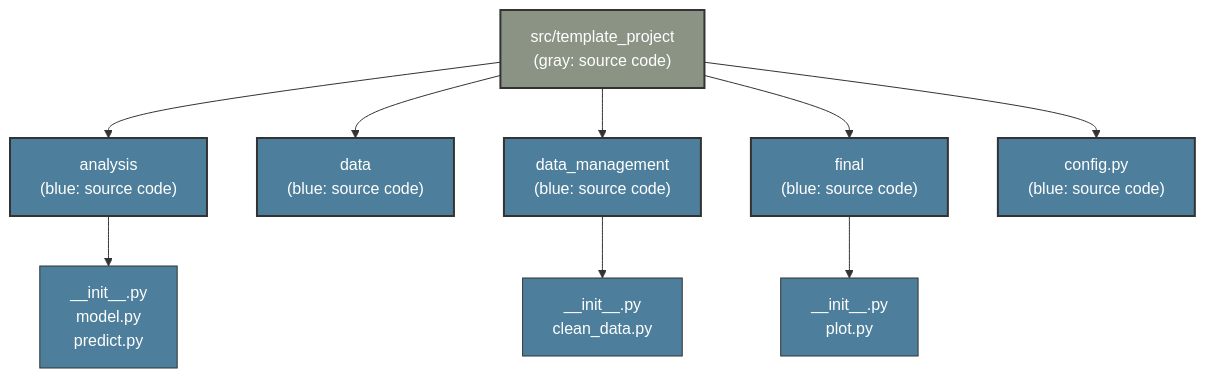
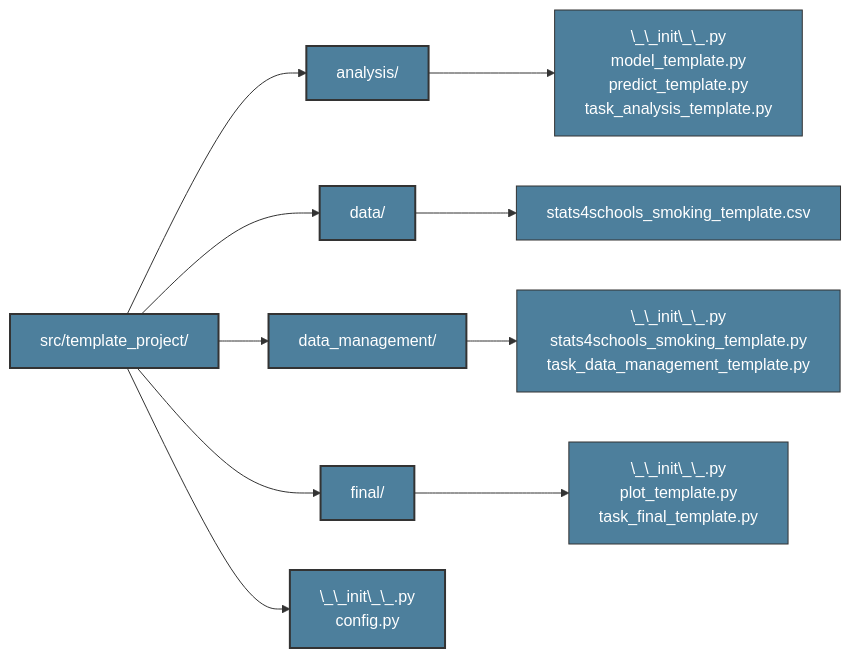
The second of 2 diagrams in docs_template/source/background/directory_structure.md (OpenSourceEconomics/econ-project-templates), drawn with Mermaid before and after one commit. The commit also changed other lines of this file and 7 other files, not shown here.

````diff
--- a/docs_template/source/background/directory_structure.md
+++ b/docs_template/source/background/directory_structure.md
@@ -100,34 +106,37 @@
 ```{mermaid}
-flowchart TD
-    Root["src/template_project<br/>(gray: source code)"]
+flowchart LR
+    Root["src/template_project/"]
 
-    Analysis["analysis<br/>(blue: source code)"]
-    Data["data<br/>(blue: source code)"]
-    DataMgmt["data_management<br/>(blue: source code)"]
-    Final["final<br/>(blue: source code)"]
-    Config["config.py<br/>(blue: source code)"]
+    Analysis["analysis/"]
+    Data["data/"]
+    DataMgmt["data_management/"]
+    Final["final/"]
+    Config["\_\_init\_\_.py<br/>config.py"]
 
-    AnalysisFiles["__init__.py<br/>model.py<br/>predict.py"]
-    DataMgmtFiles["__init__.py<br/>clean_data.py"]
-    FinalFiles["__init__.py<br/>plot.py"]
+    AnalysisFiles["\_\_init\_\_.py<br/>model_template.py<br/>predict_template.py<br/>task_analysis_template.py"]
+    DataFiles["stats4schools_smoking_template.csv"]
+    DataMgmtFiles["\_\_init\_\_.py<br/>stats4schools_smoking_template.py<br/>task_data_management_template.py"]
+    FinalFiles["\_\_init\_\_.py<br/>plot_template.py<br/>task_final_template.py"]
 
     Root --> Analysis
     Root --> Data
     Root --> DataMgmt
     Root --> Final
     Root --> Config
 
     Analysis --> AnalysisFiles
+    Data --> DataFiles
     DataMgmt --> DataMgmtFiles
     Final --> FinalFiles
 
-    style Root fill:#8A9384,stroke:#333,stroke-width:2px,color:#fff
+    style Root fill:#4d7f9c,stroke:#333,stroke-width:2px,color:#fff
     style Analysis fill:#4d7f9c,stroke:#333,stroke-width:2px,color:#fff
     style Data fill:#4d7f9c,stroke:#333,stroke-width:2px,color:#fff
     style DataMgmt fill:#4d7f9c,stroke:#333,stroke-width:2px,color:#fff
     style Final fill:#4d7f9c,stroke:#333,stroke-width:2px,color:#fff
     style Config fill:#4d7f9c,stroke:#333,stroke-width:2px,color:#fff
     style AnalysisFiles fill:#4d7f9c,stroke:#333,stroke-width:1px,color:#fff
+    style DataFiles fill:#4d7f9c,stroke:#333,stroke-width:1px,color:#fff
     style DataMgmtFiles fill:#4d7f9c,stroke:#333,stroke-width:1px,color:#fff
     style FinalFiles fill:#4d7f9c,stroke:#333,stroke-width:1px,color:#fff
 ```
````
